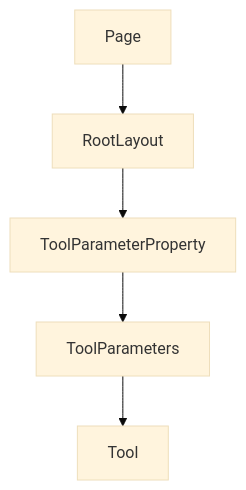
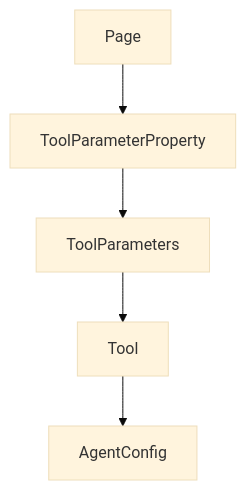
Before and after one commit to johnxie/awesome-code-docs: the second of 2 diagrams in tutorials/openai-realtime-agents-tutorial/01-getting-started.md, drawn with Mermaid (base theme). The commit also changed other lines of this file and 1232 other files, not shown here.

````diff
--- a/tutorials/openai-realtime-agents-tutorial/01-getting-started.md
+++ b/tutorials/openai-realtime-agents-tutorial/01-getting-started.md
@@ -241,12 +257,12 @@
 ```mermaid
 flowchart TD
     A[Page]
-    B[RootLayout]
-    C[ToolParameterProperty]
-    D[ToolParameters]
-    E[Tool]
+    B[ToolParameterProperty]
+    C[ToolParameters]
+    D[Tool]
+    E[AgentConfig]
     A --> B
     B --> C
     C --> D
     D --> E
 ```
````
